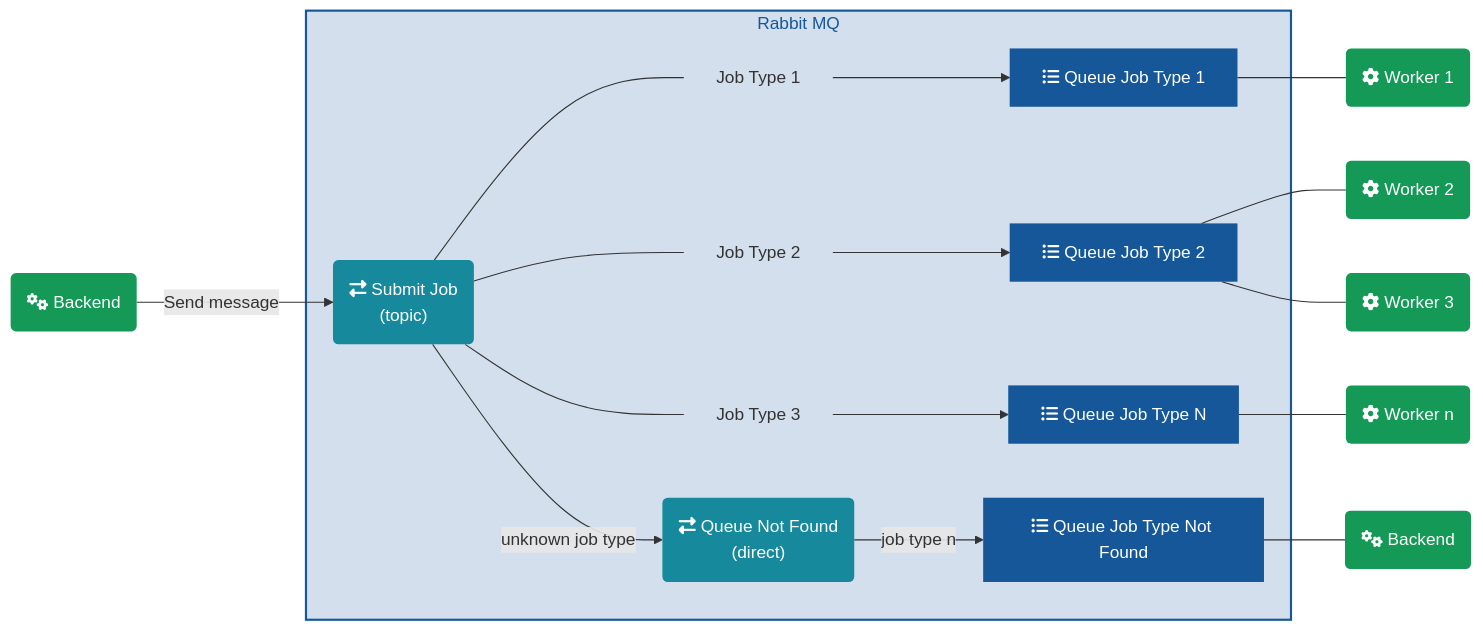
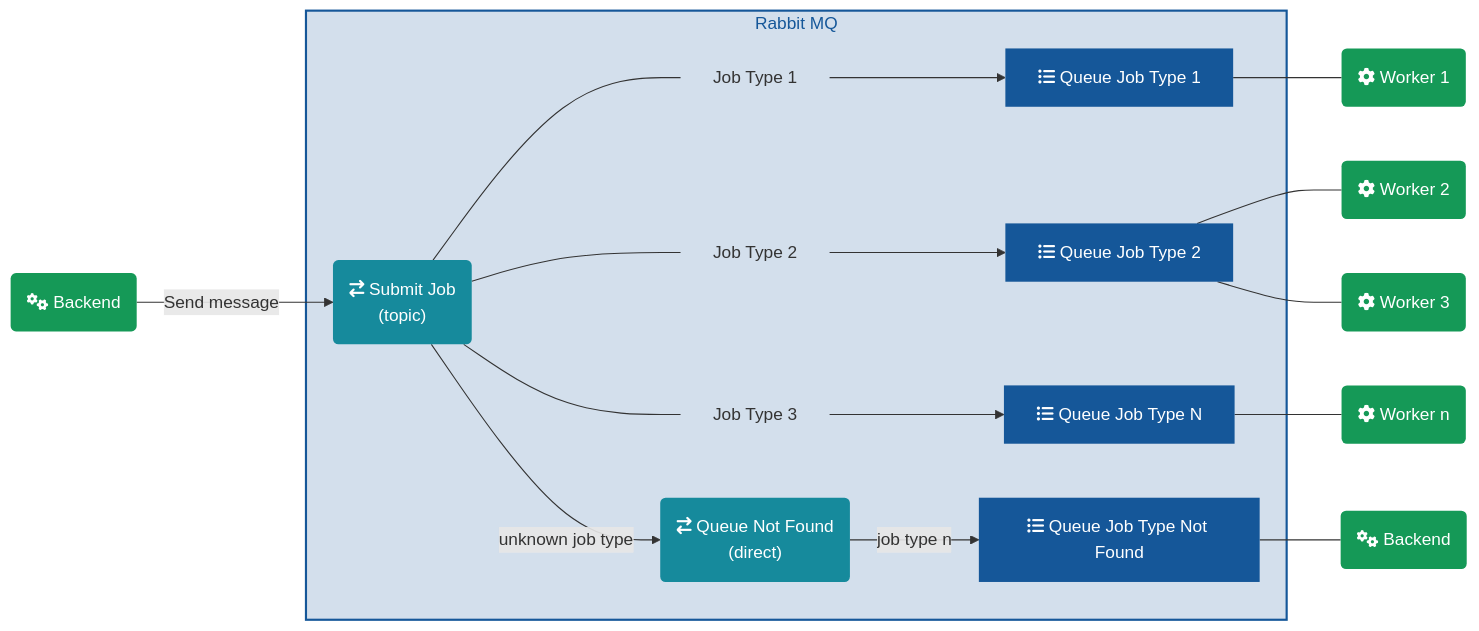
Before and after one commit to media-cloud-ai/media-cloud-ai.github.com: the second of 3 diagrams in step_flow.md, drawn with Mermaid. The commit also changed other lines of this file, not shown here.

Commit message:
fix exchange icon

```diff
--- a/step_flow.md
+++ b/step_flow.md
@@ -26,46 +26,46 @@
 <div class="mermaid">
 graph LR
-backend(fa:fa-cogs Backend) --> |Send message| exchange_1("fa:fa-exchange-alt Submit Job <br/>(topic)")
+backend(fa:fa-cogs Backend) --> |Send message| exchange_1("fa:fa-exchange Submit Job <br/>(topic)")
 
 subgraph rmq[Rabbit MQ]
   exchange_1--- job_type_1["Job Type 1"] --> q_worker_1[fa:fa-list-ul Queue Job Type 1]
   exchange_1 --- job_type_2["Job Type 2"] -->q_worker_2[fa:fa-list-ul Queue Job Type 2]
   exchange_1 --- job_type_3["Job Type 3"] --> q_worker_n[fa:fa-list-ul Queue Job Type N]
 
-  exchange_1 -->|unknown job type| exchange_unknwon("fa:fa-exchange-alt Queue Not Found<br/>(direct)")
+  exchange_1 -->|unknown job type| exchange_unknwon("fa:fa-exchange Queue Not Found<br/>(direct)")
   exchange_unknwon -->|job type n| q_unknown[fa:fa-list-ul Queue Job Type Not Found]
 end
 
 q_worker_1 --- w1(fa:fa-cog Worker 1)
 q_worker_2 --- w2(fa:fa-cog Worker 2)
 q_worker_2 --- w3(fa:fa-cog Worker 3)
 q_worker_n --- wn(fa:fa-cog Worker n)
 q_unknown --- backend_2(fa:fa-cogs Backend)
 
 classDef blue fill:#155799,stroke: none,color: #fff;
 classDef cyan fill:#168a9c,stroke: none,color: #fff;
 classDef green fill:#159957,stroke: none,color: #fff;
 
 class backend green
 class backend_2 green
 class w1 green
 class w2 green
 class w3 green
 class wn green
 class q_worker_1 blue
 class q_worker_2 blue
 class q_worker_n blue
 class q_completed blue
 class q_error blue
 class q_unknown blue
 class exchange_1 cyan
 class exchange_2 cyan
 class exchange_unknwon cyan
 
 classDef hidden fill:#fff0,stroke: none,color: #fff;width:0px
 class job_type_1 hidden
 class job_type_2 hidden
 class job_type_3 hidden
 
 style rmq fill:#15579930,stroke:#155799,stroke-width:2px,color:#155799
 </div>
```
